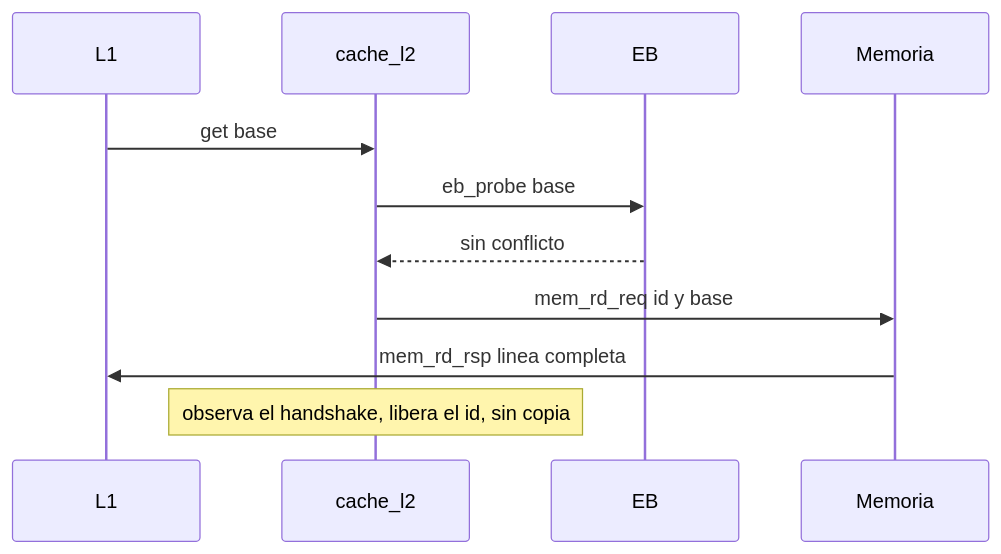
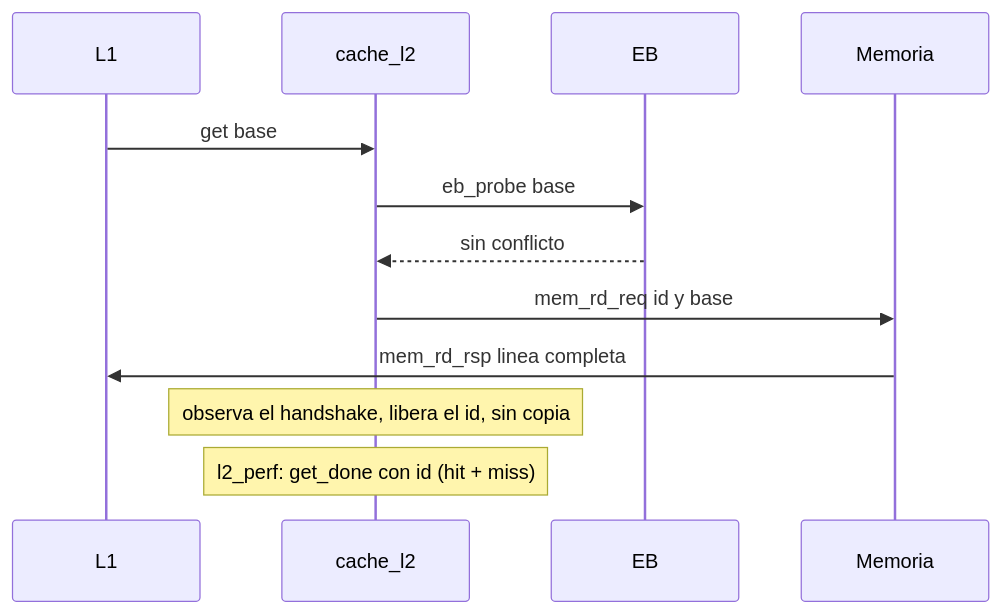
Diagram 19 of 21 in docs/ii-proyecto/cache_l2.md (luisfeliTEC-0603/PORYGON), drawn with Mermaid before and after one commit. The commit also changed other lines of this file, not shown here.

````diff
--- a/docs/ii-proyecto/cache_l2.md
+++ b/docs/ii-proyecto/cache_l2.md
@@ -385,13 +418,14 @@
 ```mermaid
 sequenceDiagram
   participant L1
   participant L2 as cache_l2
   participant EB
   participant MEM as Memoria
   L1->>L2: get base
   L2->>EB: eb_probe base
   EB-->>L2: sin conflicto
   L2->>MEM: mem_rd_req id y base
   MEM->>L1: mem_rd_rsp linea completa
   Note over L2: observa el handshake, libera el id, sin copia
+  Note over L2: l2_perf: get_done con id (hit + miss)
 ```
````
